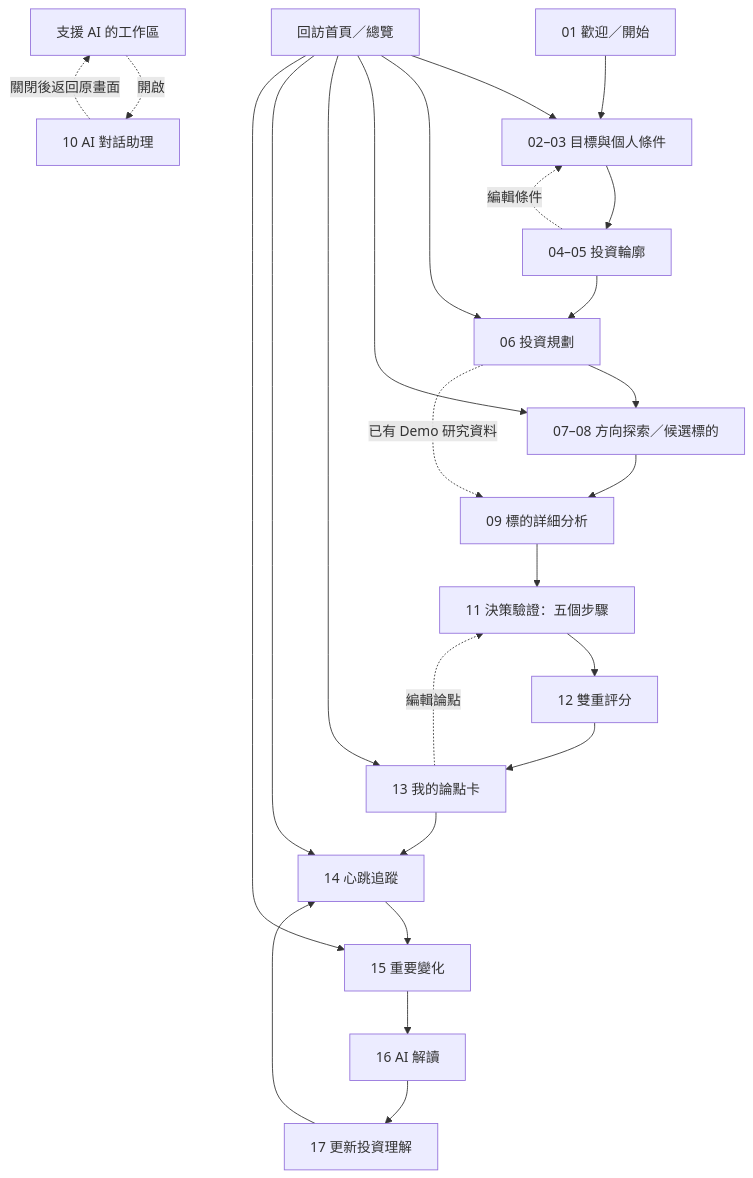
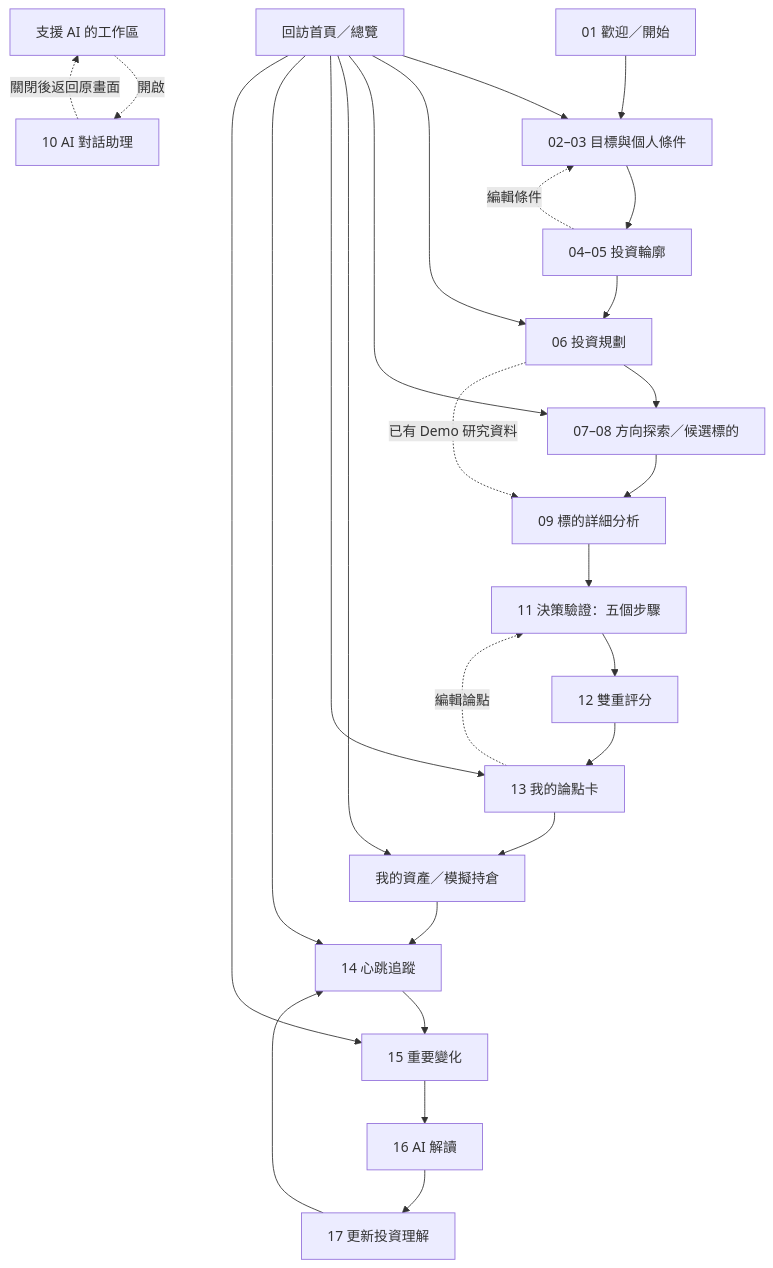
One commit to Chung-Yi/reverse-investment changed the diagram in docs/USER_GUIDE.md. Above: the diagram before and after it, drawn with Mermaid. The commit also changed other lines of this file and 27 other files, not shown here.

````diff
--- a/docs/USER_GUIDE.md
+++ b/docs/USER_GUIDE.md
@@ -102,32 +104,34 @@
 ```mermaid
 flowchart TD
     W["01 歡迎／開始"] --> O["02–03 目標與個人條件"]
     O --> P["04–05 投資輪廓"]
     P --> PL["06 投資規劃"]
     PL --> EX["07–08 方向探索／候選標的"]
     PL -. "已有 Demo 研究資料" .-> IN["09 標的詳細分析"]
     EX --> IN
 
     IN --> DE["11 決策驗證：五個步驟"]
     DE --> SC["12 雙重評分"]
     SC --> TH["13 我的論點卡"]
-    TH --> TR["14 心跳追蹤"]
+    TH --> PF["我的資產／模擬持倉"]
+    PF --> TR["14 心跳追蹤"]
 
     TR --> C15["15 重要變化"]
     C15 --> C16["16 AI 解讀"]
     C16 --> C17["17 更新投資理解"]
     C17 --> TR
 
     P -. "編輯條件" .-> O
     TH -. "編輯論點" .-> DE
 
     H["回訪首頁／總覽"] --> O
     H --> PL
     H --> EX
+    H --> PF
     H --> TH
     H --> TR
     H --> C15
 
     ANY["支援 AI 的工作區"] -. "開啟" .-> AI["10 AI 對話助理"]
     AI -. "關閉後返回原畫面" .-> ANY
 ```
````
